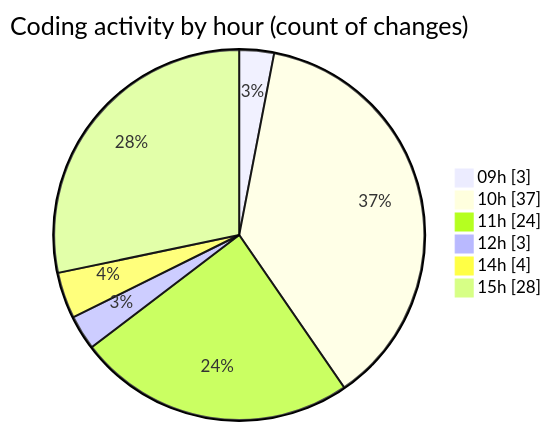
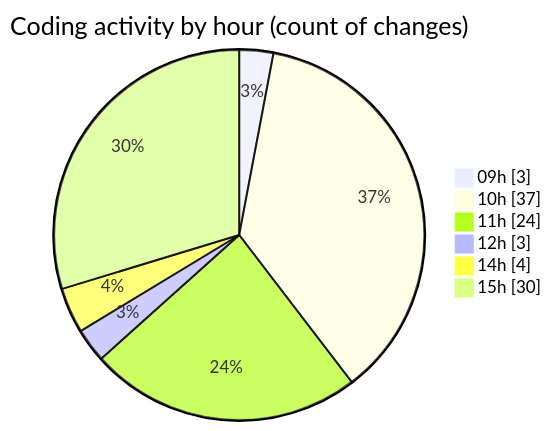
Before and after one commit to CELIANVF/code-tracking: the second of 2 diagrams in 2025-05-02/ecodeli/README.md, drawn with Mermaid. The commit also changed other lines of this file and 1 other file, not shown here.

````diff
--- a/2025-05-02/ecodeli/README.md
+++ b/2025-05-02/ecodeli/README.md
@@ -77,10 +78,10 @@
 ```mermaid
 pie showData
 title Coding activity by hour (count of changes)
 "09h" : 3
 "10h" : 37
 "11h" : 24
 "12h" : 3
 "14h" : 4
-"15h" : 28
+"15h" : 30
 ```
````
